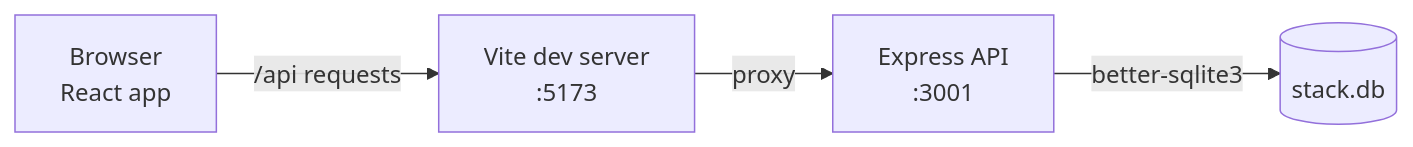
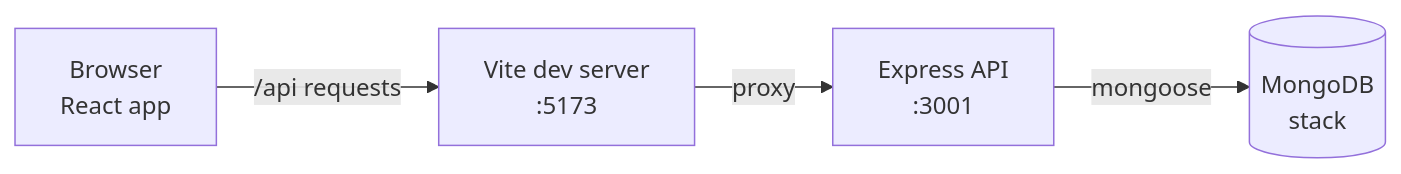
Before and after one commit to anik7afk/sds-fullstack-project: the first of 2 diagrams in README.md, drawn with Mermaid. The commit also changed other lines of this file, not shown here.

````diff
--- a/README.md
+++ b/README.md
@@ -32,6 +36,6 @@
 ```mermaid
 flowchart LR
   B[Browser<br>React app] -->|"/api requests"| V[Vite dev server<br>:5173]
   V -->|proxy| E[Express API<br>:3001]
-  E -->|better-sqlite3| D[(stack.db)]
+  E -->|mongoose| D[(MongoDB<br>stack)]
 ```
````
